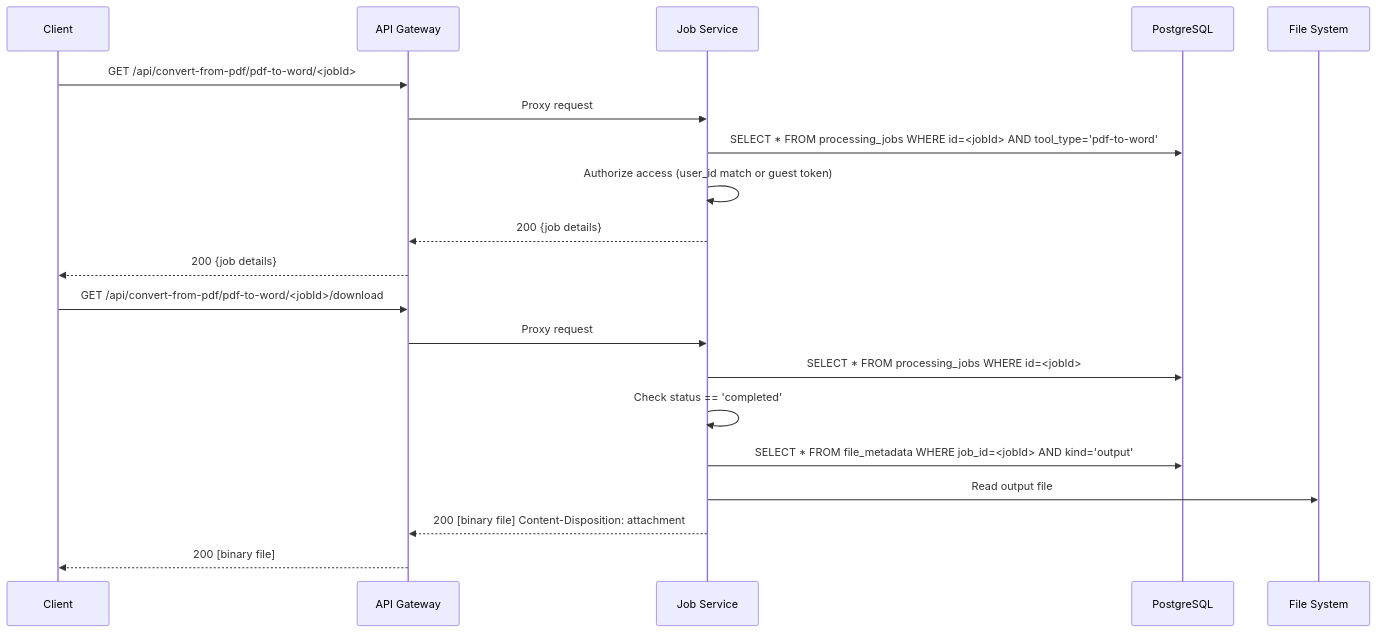
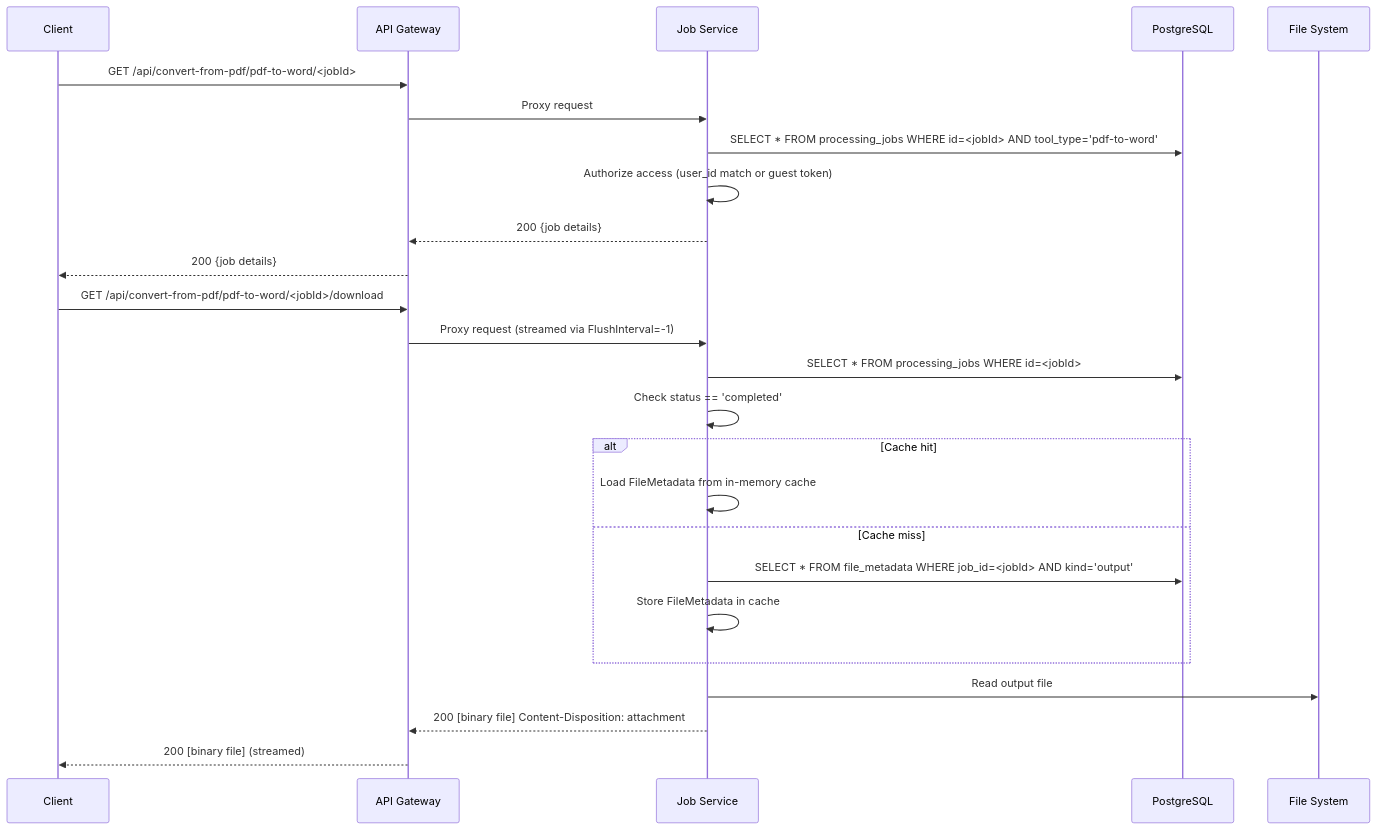
One commit to Prachidubey2003/fyredocs_backend changed the third of 4 diagrams in docs/services/JOB_SERVICE.md. Above: the diagram before and after it, drawn with Mermaid. The commit also changed 10 other files, not shown here.

First line of the commit message:
Improve download performance: streaming proxy, output file cache, and single-page PNG output

````diff
--- a/docs/services/JOB_SERVICE.md
+++ b/docs/services/JOB_SERVICE.md
@@ -341,24 +341,29 @@
 ```mermaid
 sequenceDiagram
     participant C as Client
     participant GW as API Gateway
     participant JS as Job Service
     participant DB as PostgreSQL
     participant FS as File System
 
     C->>GW: GET /api/convert-from-pdf/pdf-to-word/<jobId>
     GW->>JS: Proxy request
     JS->>DB: SELECT * FROM processing_jobs WHERE id=<jobId> AND tool_type='pdf-to-word'
     JS->>JS: Authorize access (user_id match or guest token)
     JS-->>GW: 200 {job details}
     GW-->>C: 200 {job details}
 
     C->>GW: GET /api/convert-from-pdf/pdf-to-word/<jobId>/download
-    GW->>JS: Proxy request
+    GW->>JS: Proxy request (streamed via FlushInterval=-1)
     JS->>DB: SELECT * FROM processing_jobs WHERE id=<jobId>
     JS->>JS: Check status == 'completed'
-    JS->>DB: SELECT * FROM file_metadata WHERE job_id=<jobId> AND kind='output'
+    alt Cache hit
+        JS->>JS: Load FileMetadata from in-memory cache
+    else Cache miss
+        JS->>DB: SELECT * FROM file_metadata WHERE job_id=<jobId> AND kind='output'
+        JS->>JS: Store FileMetadata in cache
+    end
     JS->>FS: Read output file
     JS-->>GW: 200 [binary file] Content-Disposition: attachment
-    GW-->>C: 200 [binary file]
+    GW-->>C: 200 [binary file] (streamed)
 ```
````
